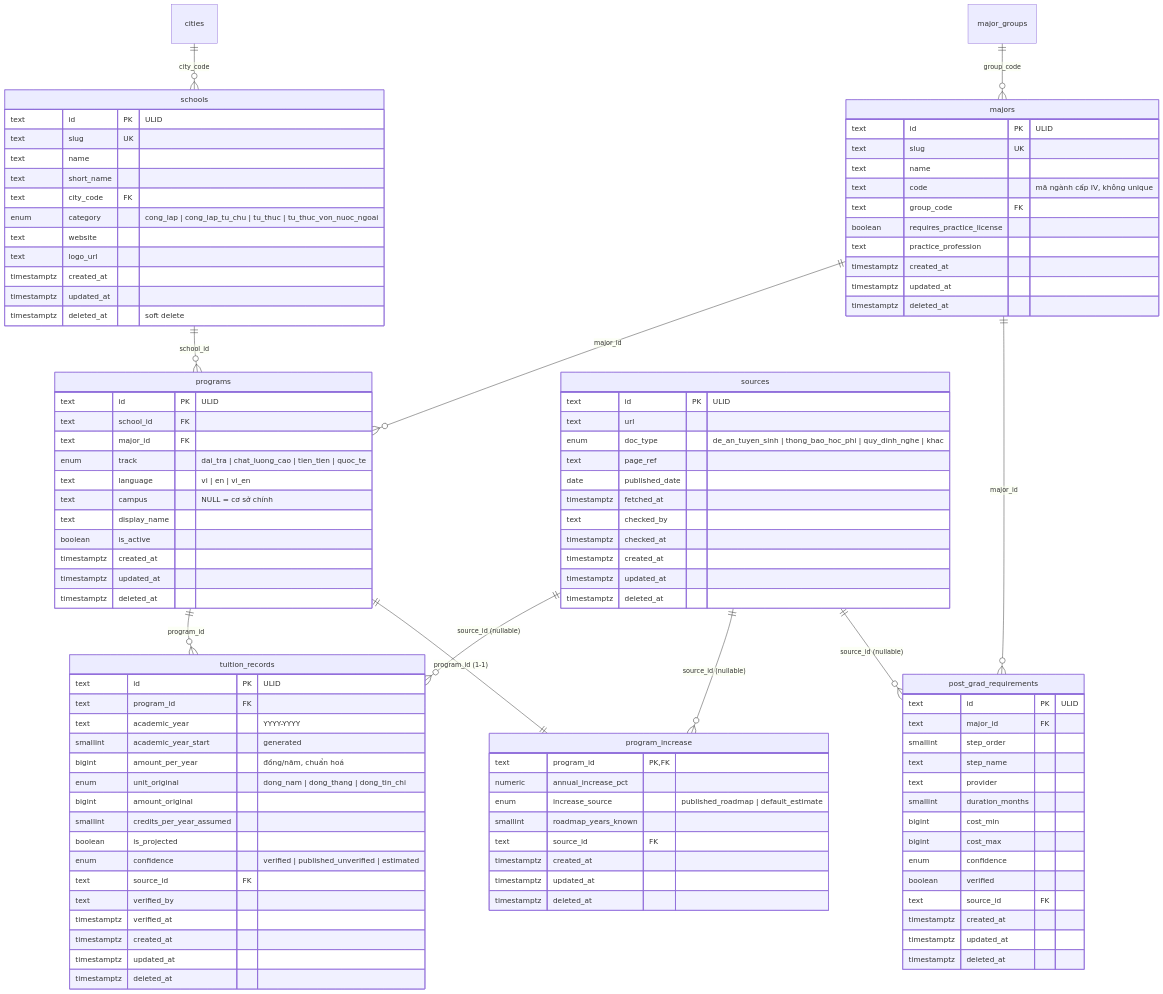
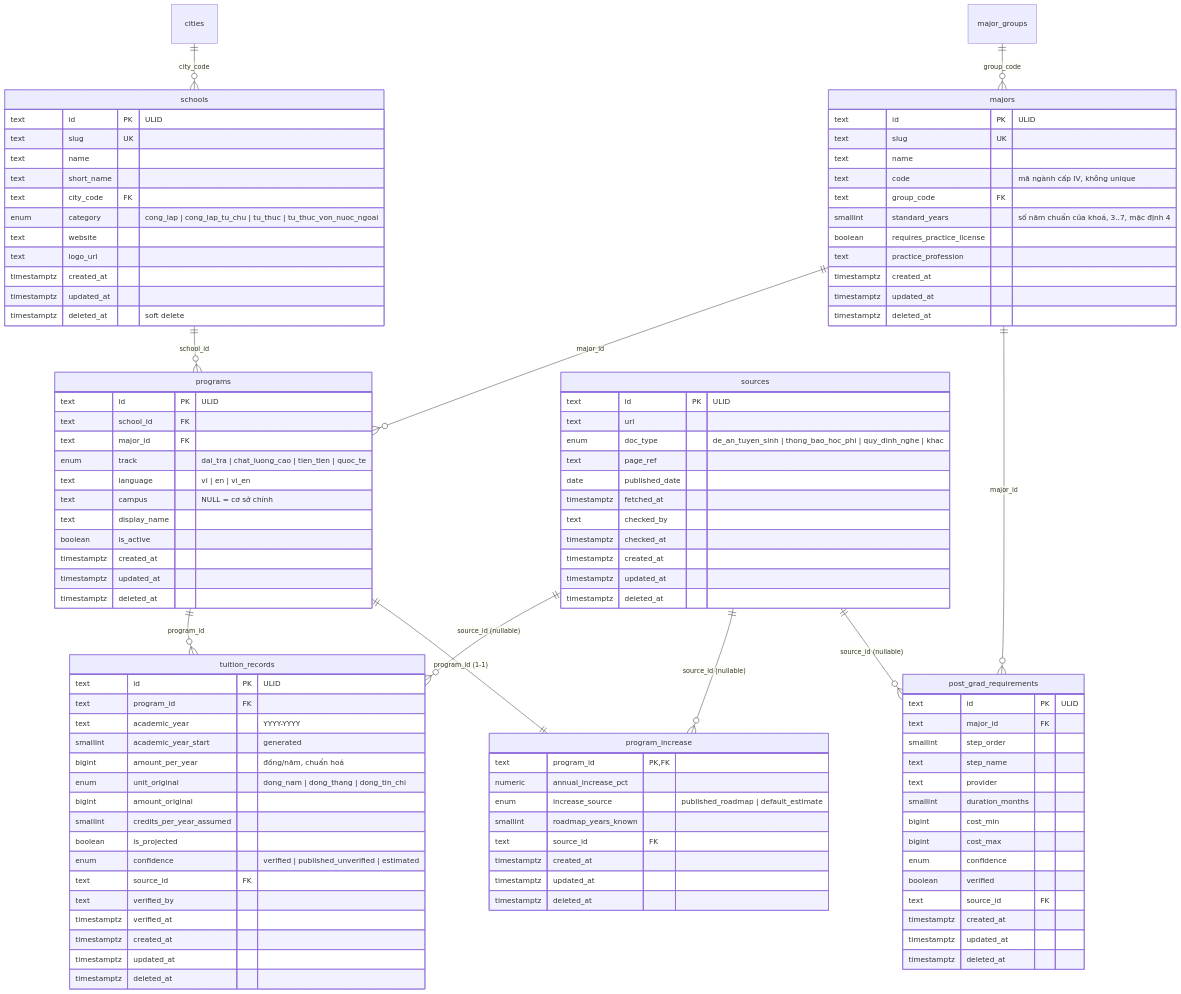
Before and after one commit to hocphi-info/hocphi-info-be: the diagram in docs/schema.md, drawn with Mermaid. The commit also changed other lines of this file, not shown here.

Commit message:
docs(schema): add majors.standard_years for course-length-aware totals
`total_course` needs a per-major course length so medicine (6 years) is not
totalled as 4. Adds `standard_years smallint NOT NULL DEFAULT 4 CHECK (BETWEEN
3 AND 7)` to the majors table in the ERD and data dictionary, notes it as the
default `years` for the derived `total_course`, and records the seed rule
(Y_DUOC = 6, others = 4) under known limitations. No migration exists yet — this
lands in the step-4 schema migration.

```diff
--- a/docs/schema.md
+++ b/docs/schema.md
@@ -56,13 +56,14 @@
     timestamptz deleted_at "soft delete"
   }
   majors {
-    text    id PK "ULID"
-    text    slug UK
-    text    name
-    text    code "mã ngành cấp IV, không unique"
-    text    group_code FK
-    boolean requires_practice_license
-    text    practice_profession
+    text     id PK "ULID"
+    text     slug UK
+    text     name
+    text     code "mã ngành cấp IV, không unique"
+    text     group_code FK
+    smallint standard_years "số năm chuẩn của khoá, 3..7, mặc định 4"
+    boolean  requires_practice_license
+    text     practice_profession
     timestamptz created_at
     timestamptz updated_at
     timestamptz deleted_at
```
